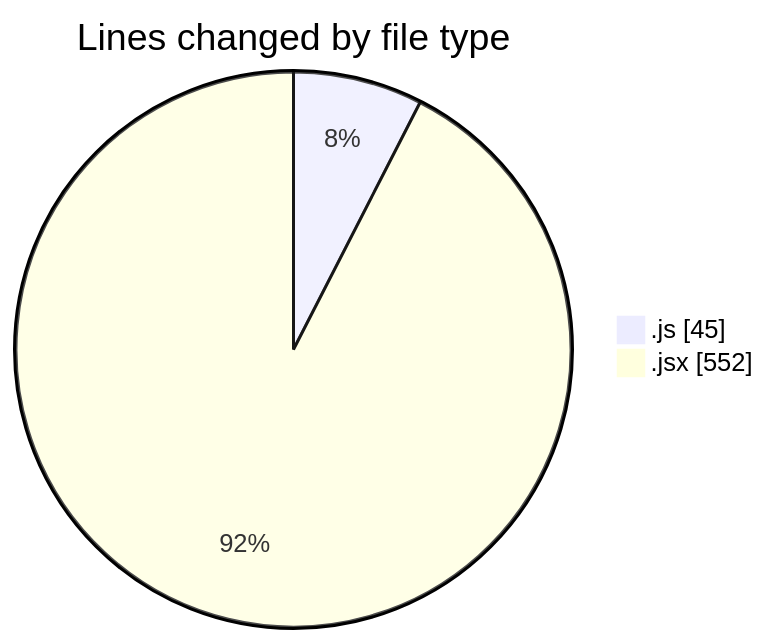
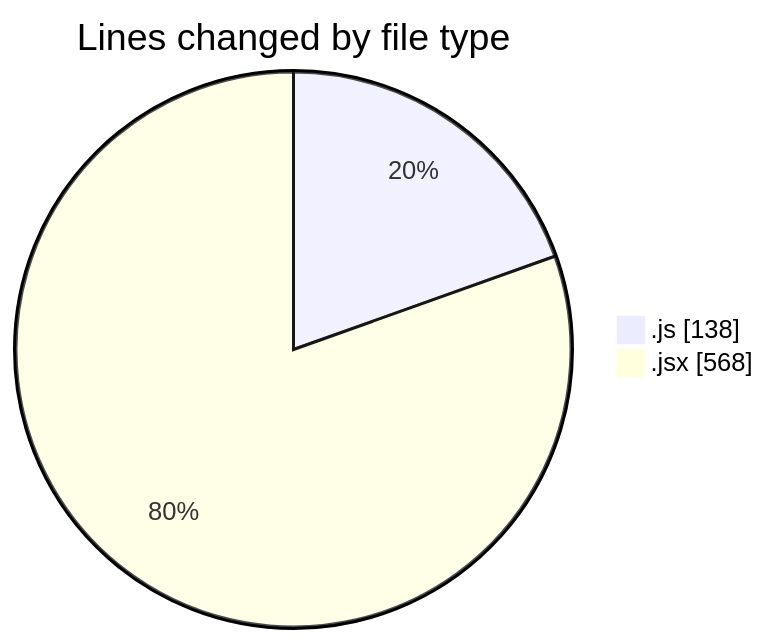
The first of 2 diagrams in 2025-06-07/nxtqube_webapp/README.md (nxtqubesakshisongat/code-tracking), drawn with Mermaid before and after one commit. The commit also changed other lines of this file and 1 other file, not shown here.

````diff
--- a/2025-06-07/nxtqube_webapp/README.md
+++ b/2025-06-07/nxtqube_webapp/README.md
@@ -21,6 +22,6 @@
 ```mermaid
 pie showData
 title Lines changed by file type
-".js" : 45
-".jsx" : 552
+".js" : 138
+".jsx" : 568
 ```
````
